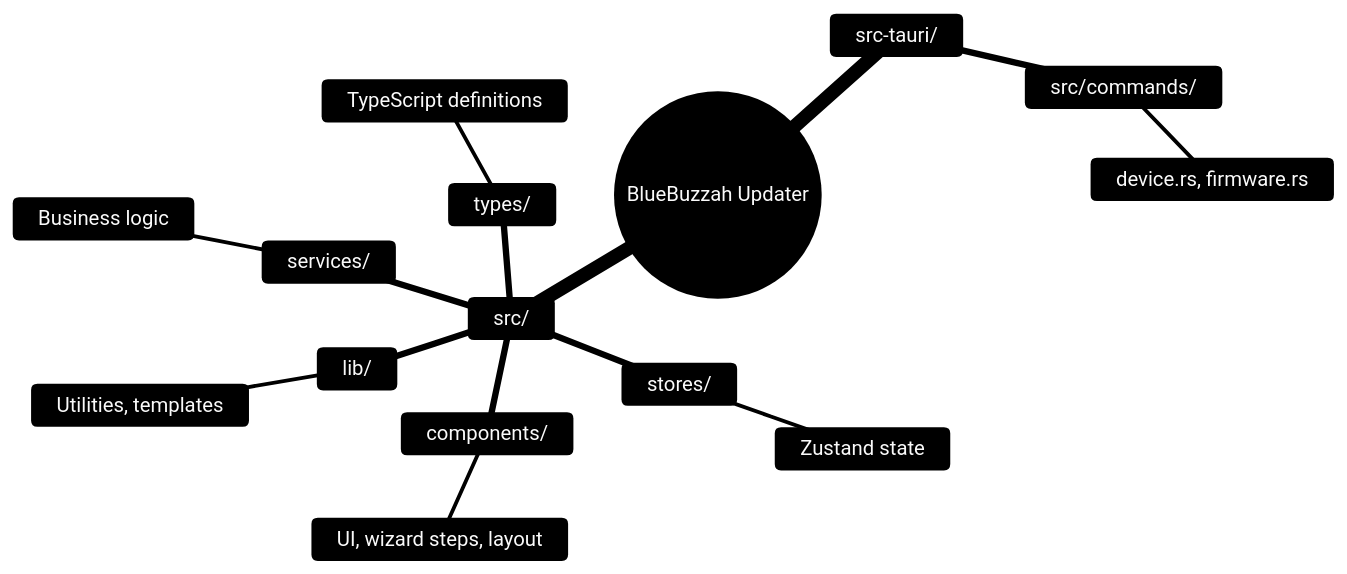
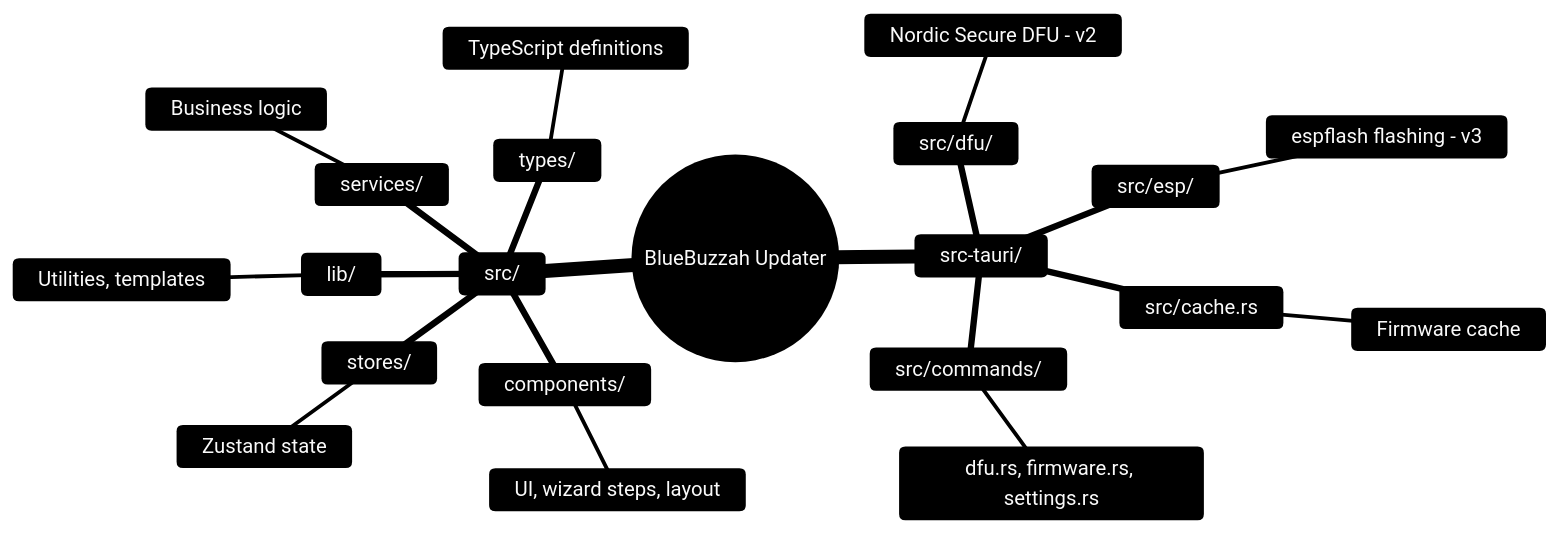
One commit to BlueBuzzah/BlueBuzzah-Updater changed the diagram in README.md. Above: the diagram before and after it, drawn with Mermaid. The commit also changed other lines of this file, not shown here.

````diff
--- a/README.md
+++ b/README.md
@@ -61,26 +70,32 @@
 ```mermaid
 %%{init: {'theme': 'base', 'themeVariables': {
   'primaryColor': '#0d3a4d',
   'primaryTextColor': '#fafafa',
   'primaryBorderColor': '#35B6F2',
   'lineColor': '#35B6F2',
   'secondaryColor': '#05212D',
   'tertiaryColor': '#0a0a0a'
 }}}%%
 mindmap
   root((BlueBuzzah Updater))
     src/
       components/
         UI, wizard steps, layout
       services/
         Business logic
       stores/
         Zustand state
       types/
         TypeScript definitions
       lib/
         Utilities, templates
     src-tauri/
       src/commands/
-        device.rs, firmware.rs
+        dfu.rs, firmware.rs, settings.rs
+      src/dfu/
+        Nordic Secure DFU - v2
+      src/esp/
+        espflash flashing - v3
+      src/cache.rs
+        Firmware cache
 ```
````
